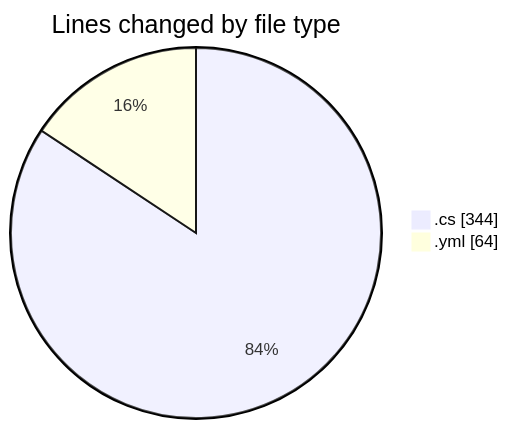
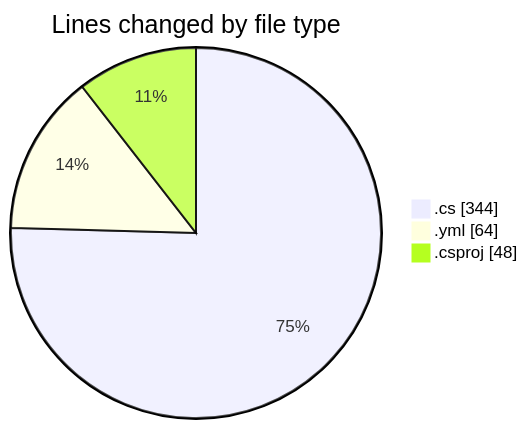
Before and after one commit to Netris89/code-tracking: the first of 2 diagrams in 2025-04-29/back-end/README.md, drawn with Mermaid. The commit also changed other lines of this file and 1 other file, not shown here.

````diff
--- a/2025-04-29/back-end/README.md
+++ b/2025-04-29/back-end/README.md
@@ -24,6 +25,7 @@
 ```mermaid
 pie showData
 title Lines changed by file type
 ".cs" : 344
 ".yml" : 64
+".csproj" : 48
 ```
````
